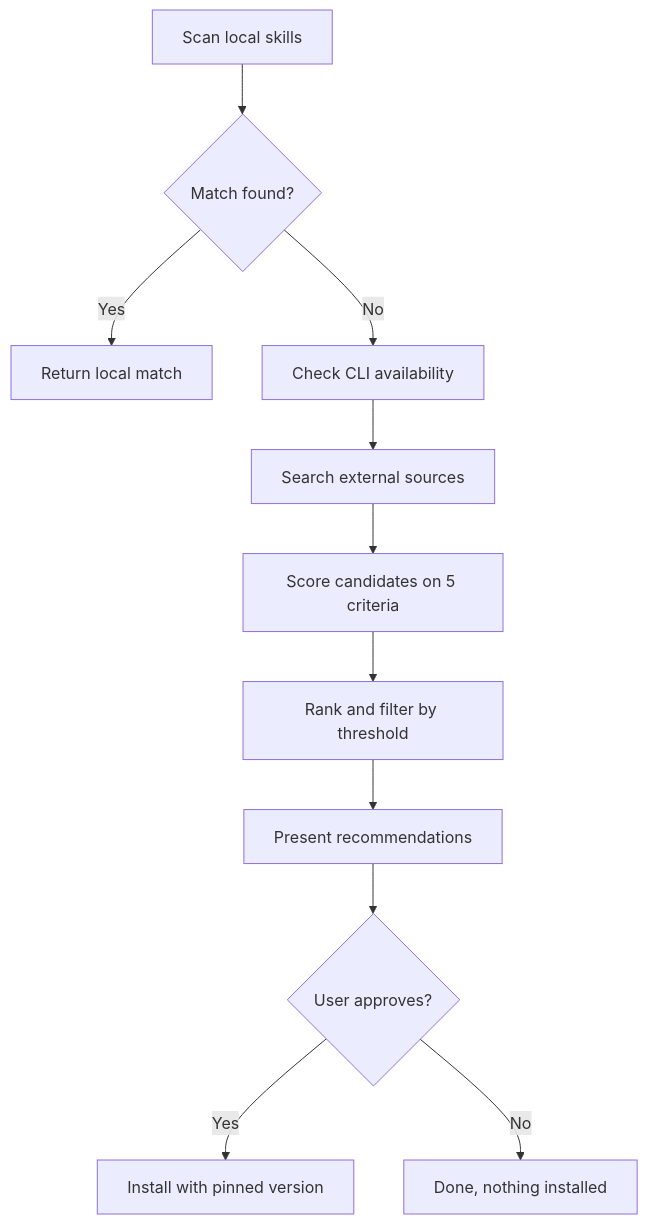
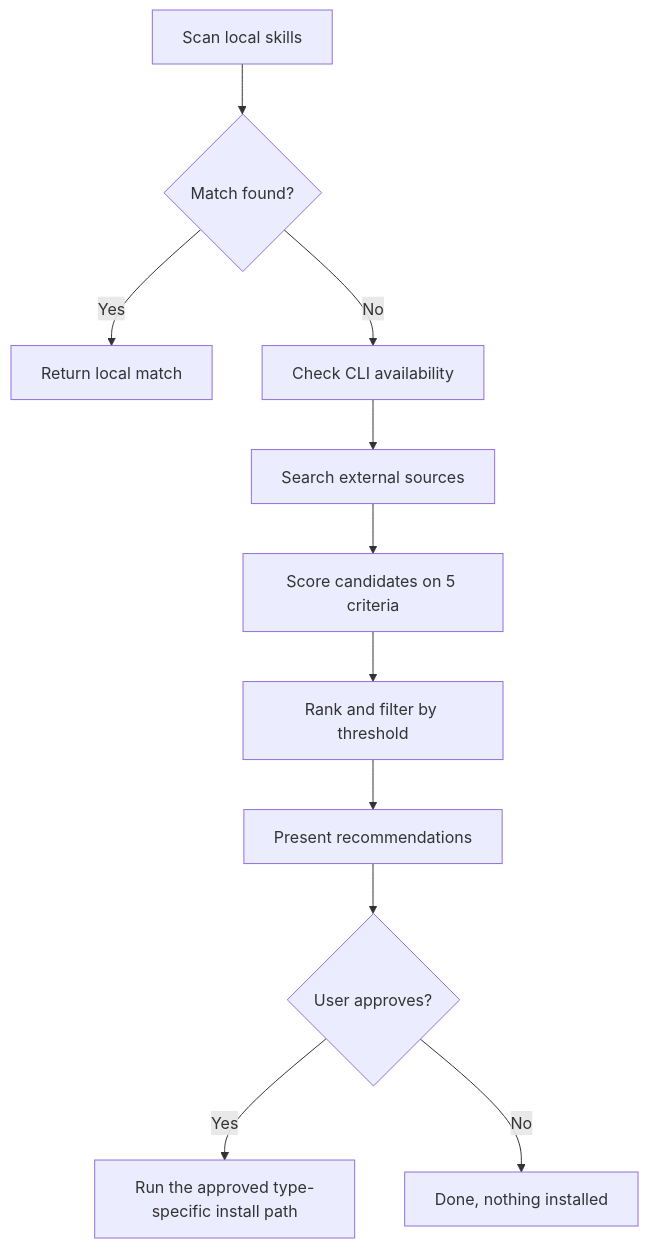
One commit to unclejobs-ai/second-claude-code changed the diagram in docs/skills/discover.md. Above: the diagram before and after it, drawn with Mermaid. The commit also changed other lines of this file and 147 other files, not shown here.

````diff
--- a/docs/skills/discover.md
+++ b/docs/skills/discover.md
@@ -66,13 +89,13 @@
 ```mermaid
 graph TD
     A[Scan local skills] --> B{Match found?}
     B -- Yes --> C[Return local match]
     B -- No --> D[Check CLI availability]
     D --> E[Search external sources]
     E --> F[Score candidates on 5 criteria]
     F --> G[Rank and filter by threshold]
     G --> H[Present recommendations]
     H --> I{User approves?}
-    I -- Yes --> J[Install with pinned version]
+    I -- Yes --> J[Run the approved type-specific install path]
     I -- No --> K[Done, nothing installed]
 ```
````
